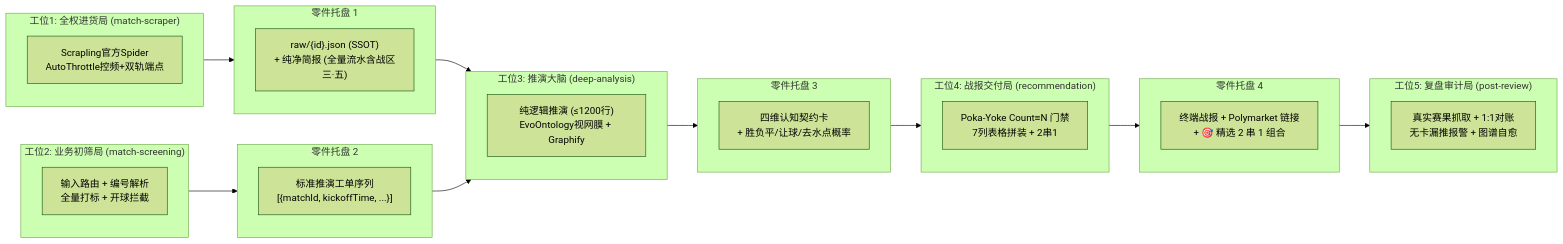
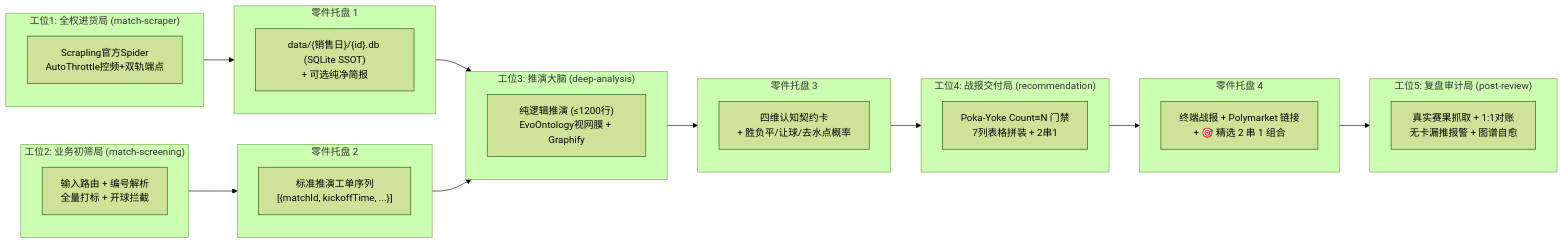
The second of 4 diagrams in README.md (i0ivi0i/supodds), drawn with Mermaid (forest theme) before and after one commit. The commit also changed other lines of this file and 56 other files, not shown here.

````diff
--- a/README.md
+++ b/README.md
@@ -78,38 +78,38 @@
 ```mermaid
 flowchart LR
     subgraph W1 ["工位1: 全权进货局 (match-scraper)"]
         S1["Scrapling官方Spider<br/>AutoThrottle控频+双轨端点"]
     end
     subgraph T1 ["零件托盘 1"]
-        D1["raw/{id}.json (SSOT)<br/>+ 纯净简报 (全量流水含战区三·五)"]
+        D1["data/{销售日}/{id}.db (SQLite SSOT)<br/>+ 可选纯净简报"]
     end
     subgraph W2 ["工位2: 业务初筛局 (match-screening)"]
         S2["输入路由 + 编号解析<br/>全量打标 + 开球拦截"]
     end
     subgraph T2 ["零件托盘 2"]
         D2["标准推演工单序列<br/>[{matchId, kickoffTime, ...}]"]
     end
     subgraph W3 ["工位3: 推演大脑 (deep-analysis)"]
         S3["纯逻辑推演 (≤1200行)<br/>EvoOntology视网膜 + Graphify"]
     end
     subgraph T3 ["零件托盘 3"]
         D3["四维认知契约卡<br/>+ 胜负平/让球/去水点概率"]
     end
     subgraph W4 ["工位4: 战报交付局 (recommendation)"]
         S4["Poka-Yoke Count≡N 门禁<br/>7列表格拼装 + 2串1"]
     end
     subgraph T4 ["零件托盘 4"]
         D4["终端战报 + Polymarket 链接<br/>+ 🎯 精选 2 串 1 组合"]
     end
     subgraph W5 ["工位5: 复盘审计局 (post-review)"]
         S5["真实赛果抓取 + 1:1对账<br/>无卡漏推报警 + 图谱自愈"]
     end
 
     W1 --> T1
     W2 --> T2
     T1 & T2 --> W3
     W3 --> T3
     T3 --> W4
     W4 --> T4
     T4 --> W5
 ```
````
